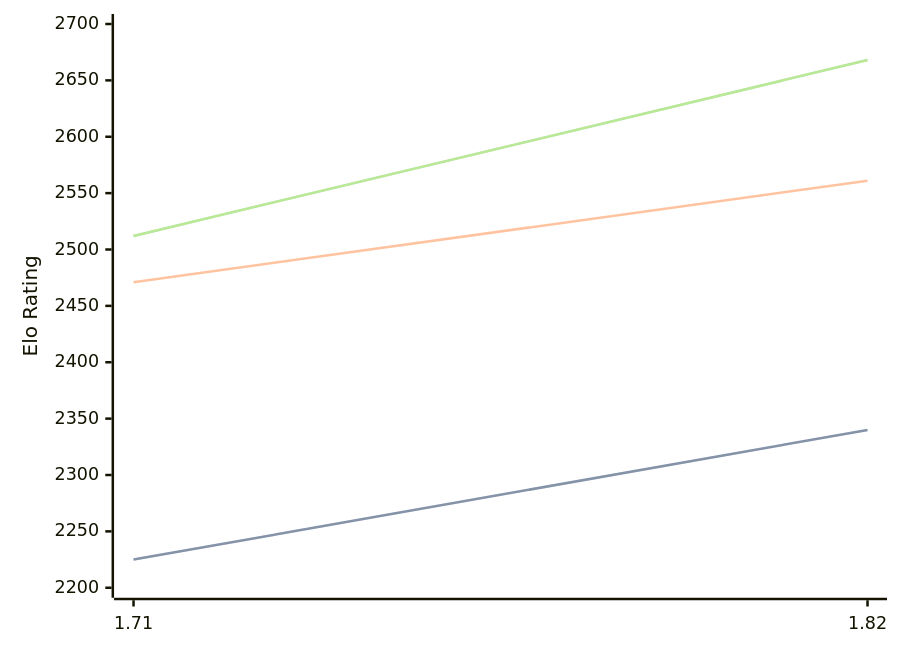
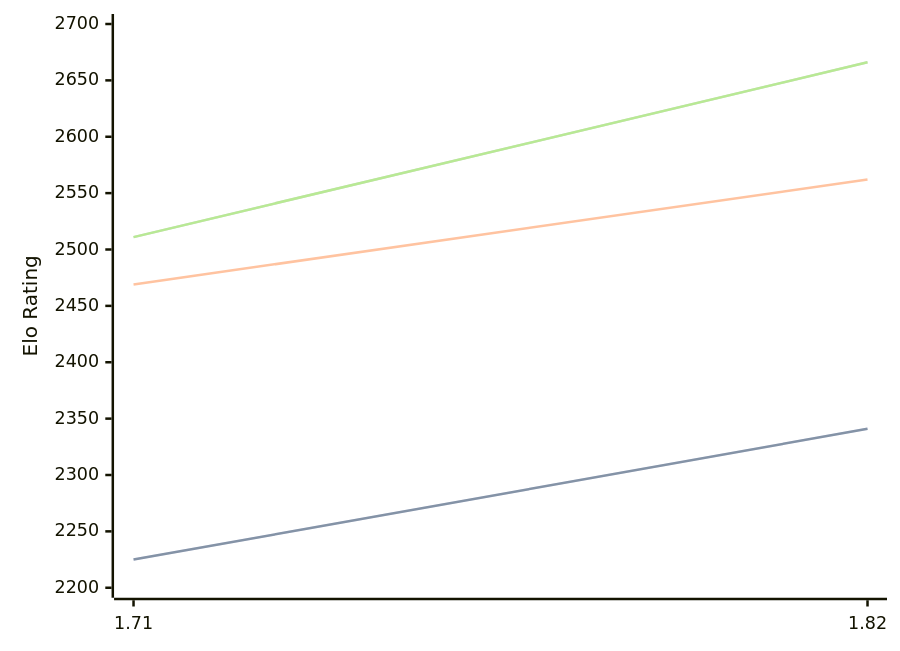
One commit to computer-chess-index/cci changed the diagram in engines/Amira.md. Above: the diagram before and after it, drawn with Mermaid. The commit also changed other lines of this file, not shown here.

Commit message:
Update CCI Ratings (ELO VLTC) - 2026-04-29

````diff
--- a/engines/Amira.md
+++ b/engines/Amira.md
@@ -35,11 +35,11 @@
 ```mermaid
 %%{init: {"theme":"base","themeVariables":{"seriesColors:['#a3a3a3','#222221','#faa371']}}}%%
 xychart-beta
   x-axis ["1.71", "1.82"]
   y-axis "Elo Rating" 2200 --> 2700
-  line "STC (8.0+0.08s)" [2225, 2340]
-  line "STC (8.0+0.08s)" [2225, 2340]
-  line "LTC (60.0+0.60s)" [2471, 2561]
-  line "VLTC (2m24s+1.12s)" [2512, 2668]
-  line "VLTC (2m24s+1.12s)" [2512, 2668]
+  line "STC (8.0+0.08s)" [2225, 2341]
+  line "STC (8.0+0.08s)" [2225, 2341]
+  line "LTC (60.0+0.60s)" [2469, 2562]
+  line "VLTC (2m24s+1.12s)" [2511, 2666]
+  line "VLTC (2m24s+1.12s)" [2511, 2666]
 ```
````
